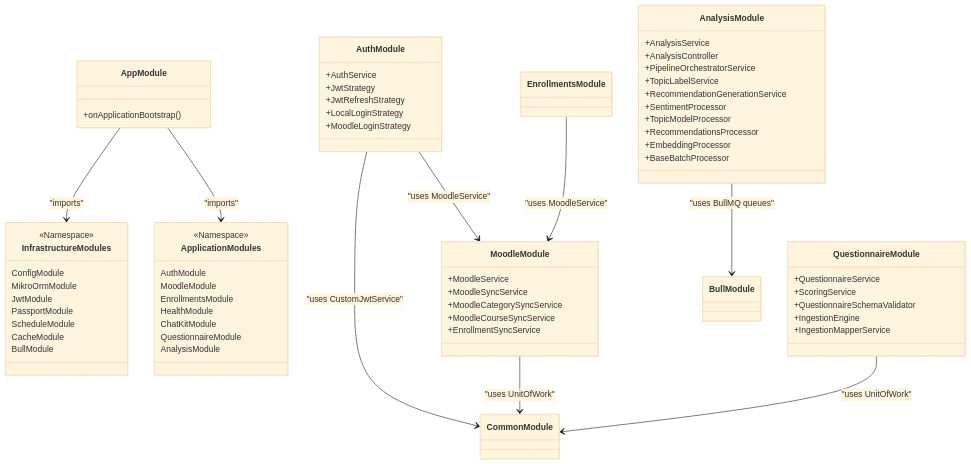
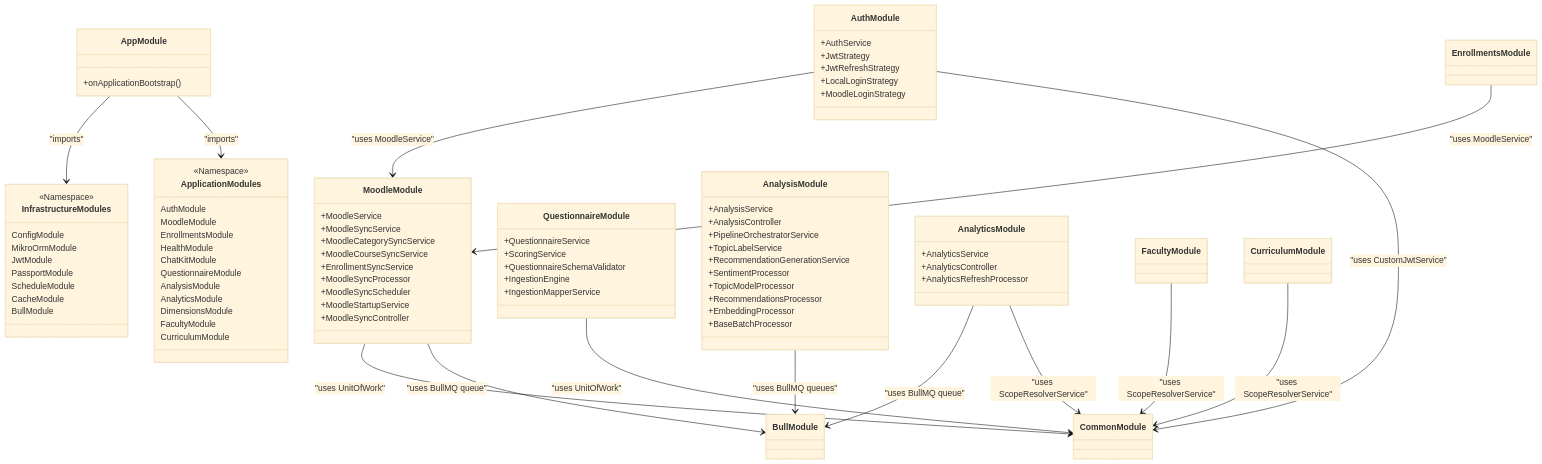
Before and after one commit to CtrlAltElite-Devs/api.faculytics: the diagram in docs/architecture/core-components.md, drawn with Mermaid (base theme). The commit also changed other lines of this file and 121 other files, not shown here.

```diff
--- a/docs/architecture/core-components.md
+++ b/docs/architecture/core-components.md
@@ -51,6 +51,10 @@
         ChatKitModule
         QuestionnaireModule
         AnalysisModule
+        AnalyticsModule
+        DimensionsModule
+        FacultyModule
+        CurriculumModule
     }
 
     AppModule --> InfrastructureModules : "imports"
@@ -59,9 +63,14 @@
     AuthModule --> MoodleModule : "uses MoodleService"
     AuthModule --> CommonModule : "uses CustomJwtService"
     MoodleModule --> CommonModule : "uses UnitOfWork"
+    MoodleModule --> BullModule : "uses BullMQ queue"
     EnrollmentsModule --> MoodleModule : "uses MoodleService"
     QuestionnaireModule --> CommonModule : "uses UnitOfWork"
     AnalysisModule --> BullModule : "uses BullMQ queues"
+    AnalyticsModule --> BullModule : "uses BullMQ queue"
+    AnalyticsModule --> CommonModule : "uses ScopeResolverService"
+    FacultyModule --> CommonModule : "uses ScopeResolverService"
+    CurriculumModule --> CommonModule : "uses ScopeResolverService"
 
     class AnalysisModule {
         +AnalysisService
@@ -76,12 +85,22 @@
         +BaseBatchProcessor
     }
 
+    class AnalyticsModule {
+        +AnalyticsService
+        +AnalyticsController
+        +AnalyticsRefreshProcessor
+    }
+
     class MoodleModule {
         +MoodleService
         +MoodleSyncService
         +MoodleCategorySyncService
         +MoodleCourseSyncService
         +EnrollmentSyncService
+        +MoodleSyncProcessor
+        +MoodleSyncScheduler
+        +MoodleStartupService
+        +MoodleSyncController
     }
 
     class AuthModule {
```
